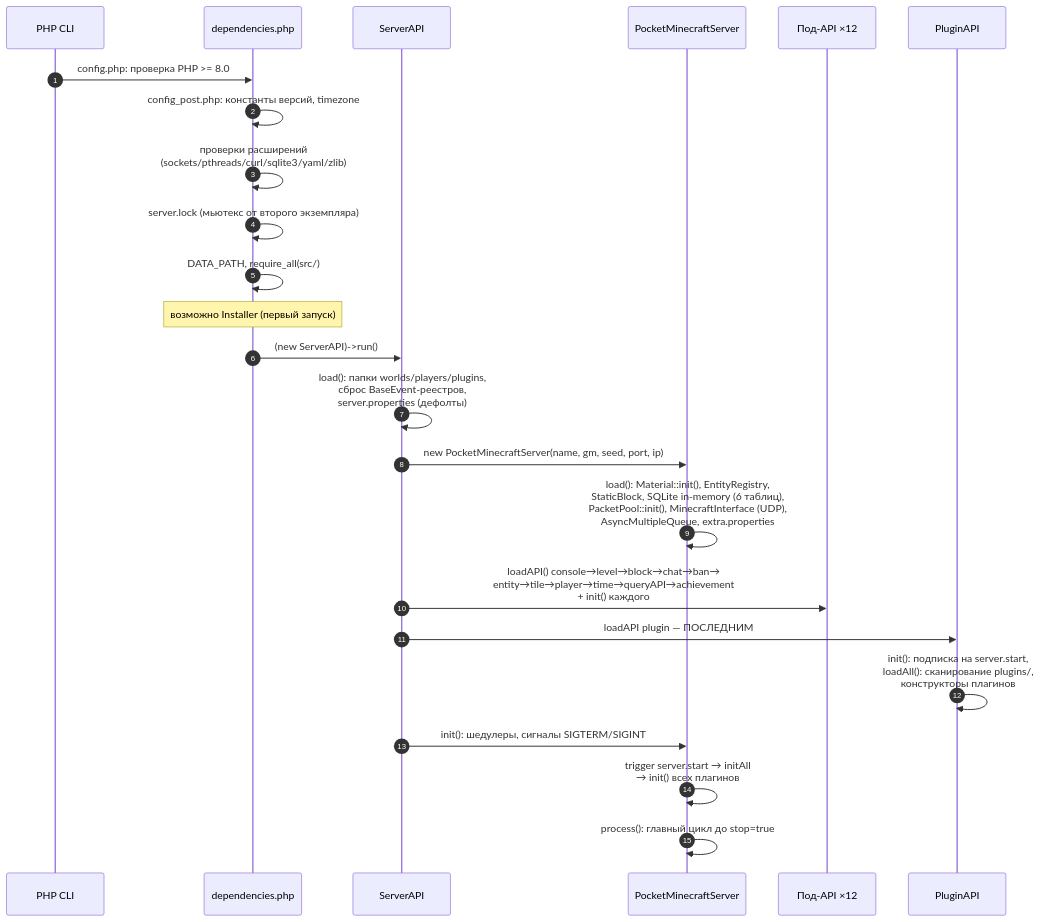
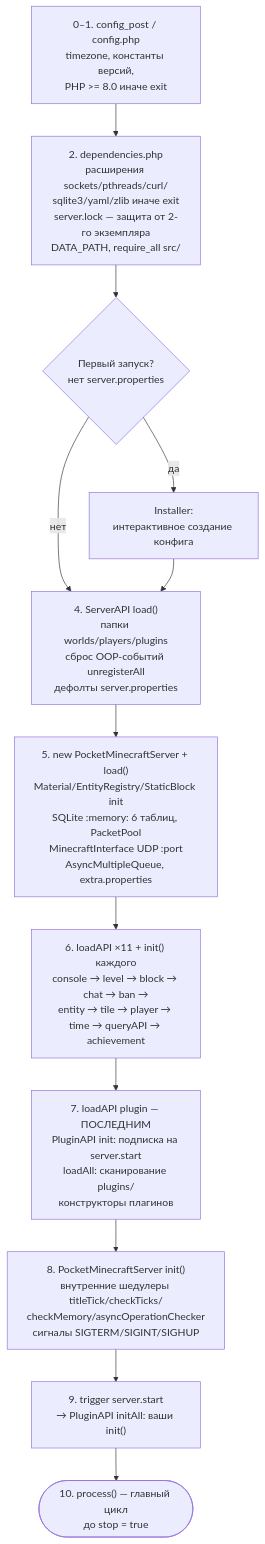
The fourth of 9 diagrams in docs/01-introduction.md (MineDg2665/WorldPECore), drawn with Mermaid before and after one commit. The commit also changed other lines of this file and 2 other files, not shown here.

Commit message:
docs diagrams fixed

````diff
--- a/docs/01-introduction.md
+++ b/docs/01-introduction.md
@@ -408,27 +408,14 @@
 ```mermaid
-sequenceDiagram
-    autonumber
-    participant PHP as PHP CLI
-    participant Dep as dependencies.php
-    participant SAPI as ServerAPI
-    participant PMS as PocketMinecraftServer
-    participant APIs as Под-API ×12
-    participant PLG as PluginAPI
-
-    PHP->>Dep: config.php: проверка PHP >= 8.0
-    Dep->>Dep: config_post.php: константы версий, timezone
-    Dep->>Dep: проверки расширений<br/>(sockets/pthreads/curl/sqlite3/yaml/zlib)
-    Dep->>Dep: server.lock (мьютекс от второго экземпляра)
-    Dep->>Dep: DATA_PATH, require_all(src/)
-    Note over Dep: возможно Installer (первый запуск)
-    Dep->>SAPI: (new ServerAPI)->run()
-    SAPI->>SAPI: load(): папки worlds/players/plugins,<br/>сброс BaseEvent-реестров,<br/>server.properties (дефолты)
-    SAPI->>PMS: new PocketMinecraftServer(name, gm, seed, port, ip)
-    PMS->>PMS: load(): Material::init(), EntityRegistry,<br/>StaticBlock, SQLite in-memory (6 таблиц),<br/>PacketPool::init(), MinecraftInterface (UDP),<br/>AsyncMultipleQueue, extra.properties
-    SAPI->>APIs: loadAPI() console→level→block→chat→ban→<br/>entity→tile→player→time→queryAPI→achievement<br/>+ init() каждого
-    SAPI->>PLG: loadAPI plugin — ПОСЛЕДНИМ
-    PLG->>PLG: init(): подписка на server.start,<br/>loadAll(): сканирование plugins/,<br/>конструкторы плагинов
-    SAPI->>PMS: init(): шедулеры, сигналы SIGTERM/SIGINT
-    PMS->>PMS: trigger server.start → initAll<br/>→ init() всех плагинов
-    PMS->>PMS: process(): главный цикл до stop=true
+flowchart TD
+    A["0–1. config_post / config.php<br/>timezone, константы версий,<br/>PHP >= 8.0 иначе exit"] --> B["2. dependencies.php<br/>расширения sockets/pthreads/curl/<br/>sqlite3/yaml/zlib иначе exit<br/>server.lock — защита от 2-го экземпляра<br/>DATA_PATH, require_all src/"]
+    B --> C{"Первый запуск?<br/>нет server.properties"}
+    C -- "да" --> C1["Installer:<br/>интерактивное создание конфига"]
+    C -- "нет" --> D
+    C1 --> D["4. ServerAPI load()<br/>папки worlds/players/plugins<br/>сброс OOP-событий unregisterAll<br/>дефолты server.properties"]
+    D --> E["5. new PocketMinecraftServer + load()<br/>Material/EntityRegistry/StaticBlock init<br/>SQLite :memory: 6 таблиц, PacketPool<br/>MinecraftInterface UDP :port<br/>AsyncMultipleQueue, extra.properties"]
+    E --> F["6. loadAPI ×11 + init() каждого<br/>console → level → block → chat → ban →<br/>entity → tile → player → time → queryAPI → achievement"]
+    F --> G["7. loadAPI plugin — ПОСЛЕДНИМ<br/>PluginAPI init: подписка на server.start<br/>loadAll: сканирование plugins/<br/>конструкторы плагинов"]
+    G --> H["8. PocketMinecraftServer init()<br/>внутренние шедулеры titleTick/checkTicks/<br/>checkMemory/asyncOperationChecker<br/>сигналы SIGTERM/SIGINT/SIGHUP"]
+    H --> I["9. trigger server.start<br/>→ PluginAPI initAll: ваши init()"]
+    I --> J(["10. process() — главный цикл<br/>до stop = true"])
 ```
````
